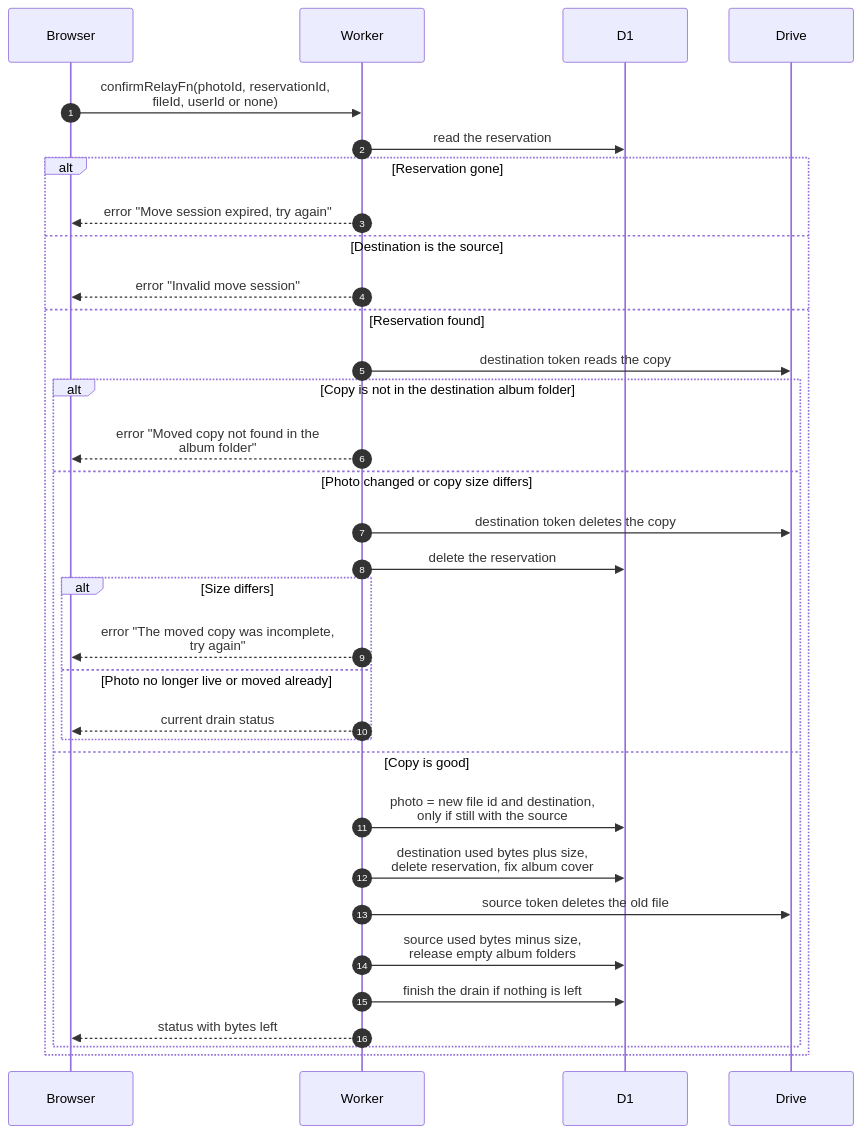
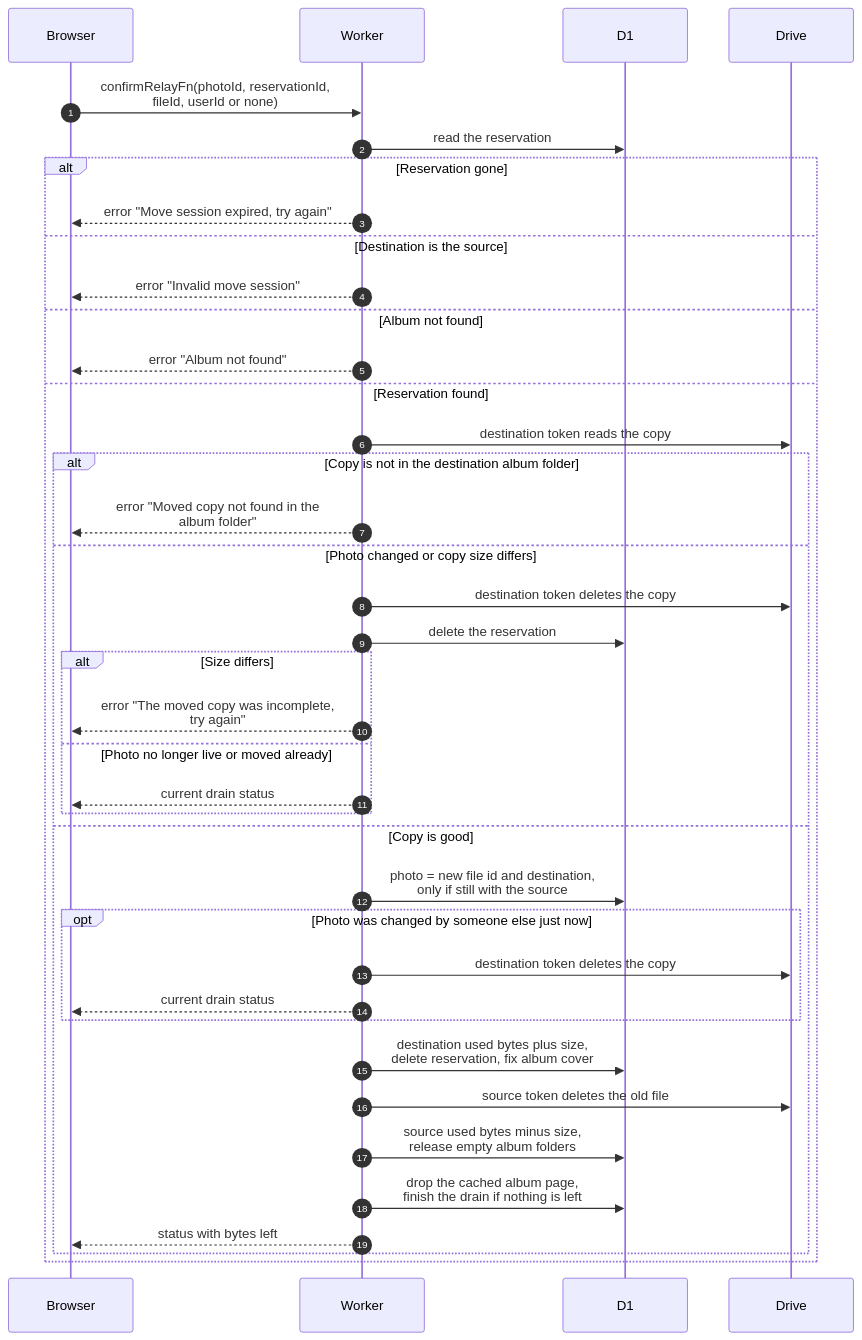
Before and after one commit to sagyzdop/meriksirat: the diagram in docs/scenarios/flamekeepers/relay-confirm.md, drawn with Mermaid. The commit also changed other lines of this file and 12 other files, not shown here.

Commit message:
docs(scenarios): verify flamekeepers diagrams against the code

````diff
--- a/docs/scenarios/flamekeepers/relay-confirm.md
+++ b/docs/scenarios/flamekeepers/relay-confirm.md
@@ -27,35 +31,41 @@
 ```mermaid
 sequenceDiagram
     autonumber
     participant Browser
     participant Worker
     participant D1
     participant Drive
     Browser->>Worker: confirmRelayFn(photoId, reservationId,<br/>fileId, userId or none)
     Worker->>D1: read the reservation
     alt Reservation gone
         Worker-->>Browser: error "Move session expired, try again"
     else Destination is the source
         Worker-->>Browser: error "Invalid move session"
+    else Album not found
+        Worker-->>Browser: error "Album not found"
     else Reservation found
         Worker->>Drive: destination token reads the copy
         alt Copy is not in the destination album folder
             Worker-->>Browser: error "Moved copy not found in the<br/>album folder"
         else Photo changed or copy size differs
             Worker->>Drive: destination token deletes the copy
             Worker->>D1: delete the reservation
             alt Size differs
                 Worker-->>Browser: error "The moved copy was incomplete,<br/>try again"
             else Photo no longer live or moved already
                 Worker-->>Browser: current drain status
             end
         else Copy is good
             Worker->>D1: photo = new file id and destination,<br/>only if still with the source
+            opt Photo was changed by someone else just now
+                Worker->>Drive: destination token deletes the copy
+                Worker-->>Browser: current drain status
+            end
             Worker->>D1: destination used bytes plus size,<br/>delete reservation, fix album cover
             Worker->>Drive: source token deletes the old file
             Worker->>D1: source used bytes minus size,<br/>release empty album folders
-            Worker->>D1: finish the drain if nothing is left
+            Worker->>D1: drop the cached album page,<br/>finish the drain if nothing is left
             Worker-->>Browser: status with bytes left
         end
     end
 ```
````
